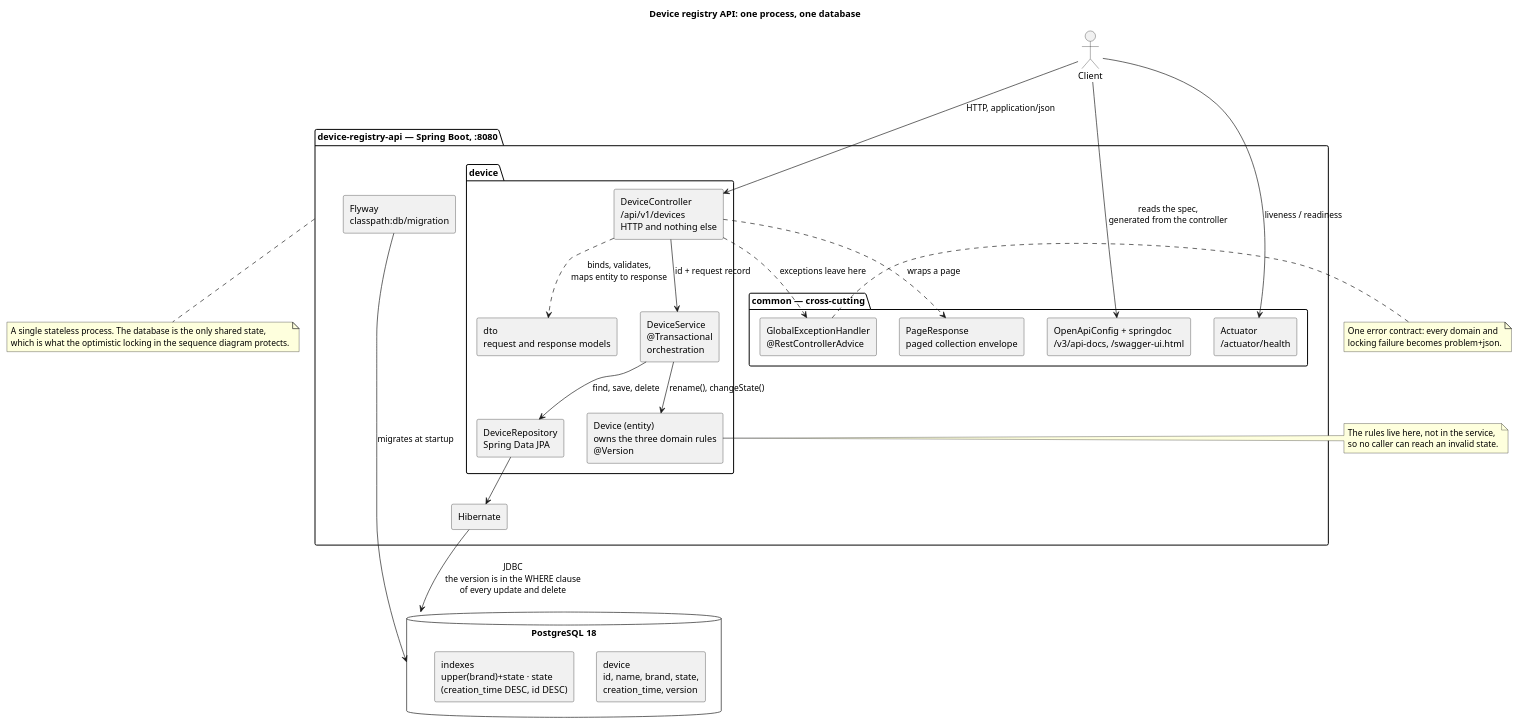
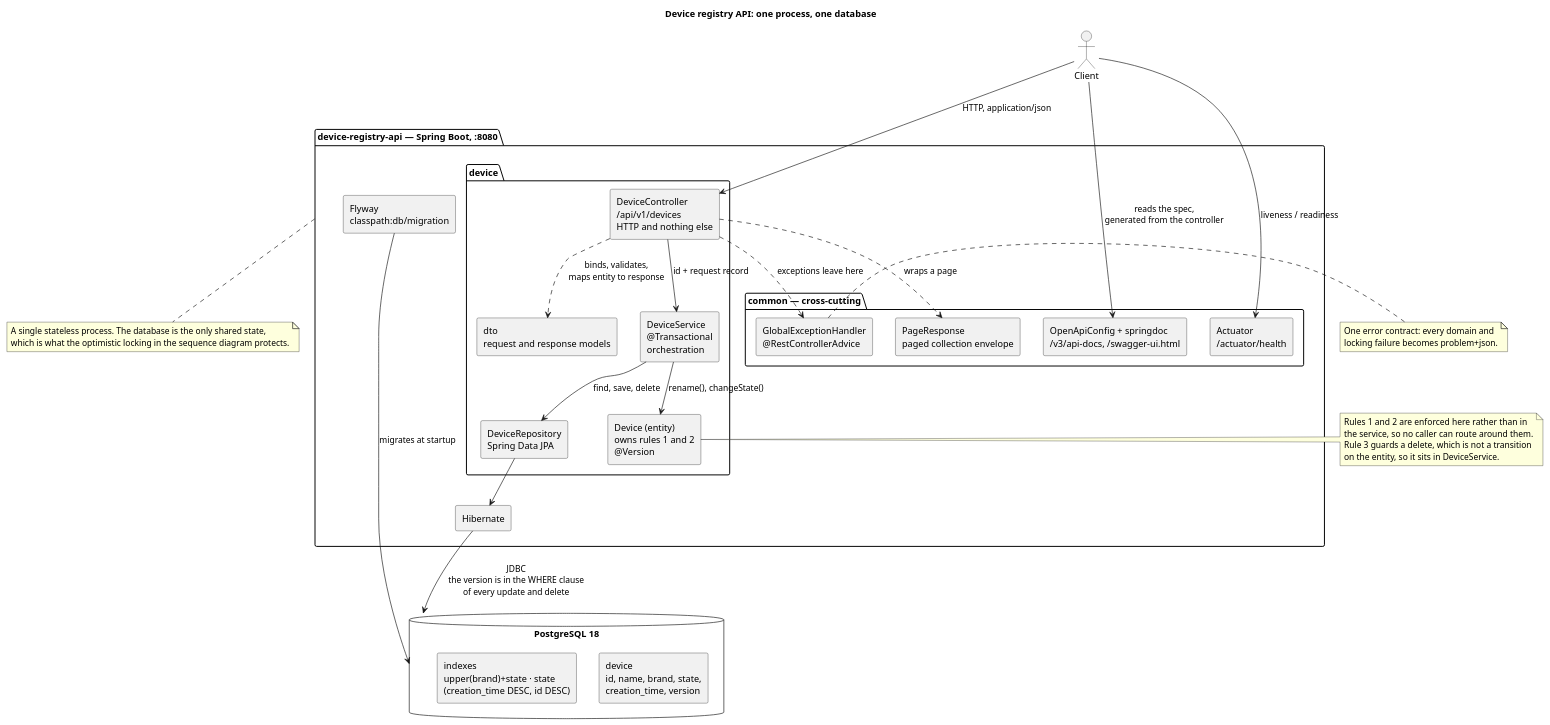
One commit to Divya-Somashekar/device-registry-api changed the diagram in docs/block-diagram.puml. Above: the diagram before and after it, drawn with PlantUML. The commit also changed other lines of this file and 9 other files, not shown here.

First line of the commit message:
Document the PATCH validation response and consolidate the diagrams

```diff
--- a/docs/block-diagram.puml
+++ b/docs/block-diagram.puml
@@ -10,65 +10,67 @@
-@startuml block-diagram
+@startuml architecture-diag
 title Device registry API: one process, one database
 
 skinparam componentStyle rectangle
 skinparam shadowing false
 top to bottom direction
 
 actor "Client" as client
 
 package "device-registry-api — Spring Boot, :8080" as app {
 
     package "device" as device {
         [DeviceController\n/api/v1/devices\nHTTP and nothing else] as controller
         [dto\nrequest and response models] as dto
         [DeviceService\n@Transactional\norchestration] as service
-        [Device (entity)\nowns the three domain rules\n@Version] as entity
+        [Device (entity)\nowns rules 1 and 2\n@Version] as entity
         [DeviceRepository\nSpring Data JPA] as repository
     }
 
     package "common — cross-cutting" as common {
         [GlobalExceptionHandler\n@RestControllerAdvice] as advice
         [PageResponse\npaged collection envelope] as page
         [OpenApiConfig + springdoc\n/v3/api-docs, /swagger-ui.html] as openapi
         [Actuator\n/actuator/health] as actuator
     }
 
     [Hibernate] as hibernate
     [Flyway\nclasspath:db/migration] as flyway
 }
 
 database "PostgreSQL 18" as db {
     [device\nid, name, brand, state,\ncreation_time, version] as table
     [indexes\nupper(brand)+state · state\n(creation_time DESC, id DESC)] as indexes
 }
 
 client --> controller : HTTP, application/json
 client --> openapi : reads the spec,\ngenerated from the controller
 client --> actuator : liveness / readiness
 
 controller ..> dto : binds, validates,\nmaps entity to response
 controller ..> page : wraps a page
 controller --> service : id + request record
 controller ..> advice : exceptions leave here
 
 service --> entity : rename(), changeState()
 service --> repository : find, save, delete
 repository --> hibernate
 hibernate --> db : JDBC\nthe version is in the WHERE clause\nof every update and delete
 flyway --> db : migrates at startup
 
 note right of entity
-    The rules live here, not in the service,
-    so no caller can reach an invalid state.
+    Rules 1 and 2 are enforced here rather than in
+    the service, so no caller can route around them.
+    Rule 3 guards a delete, which is not a transition
+    on the entity, so it sits in DeviceService.
 end note
 
 note right of advice
     One error contract: every domain and
     locking failure becomes problem+json.
 end note
 
 note bottom of app
     A single stateless process. The database is the only shared state,
     which is what the optimistic locking in the sequence diagram protects.
 end note
 @enduml
```
